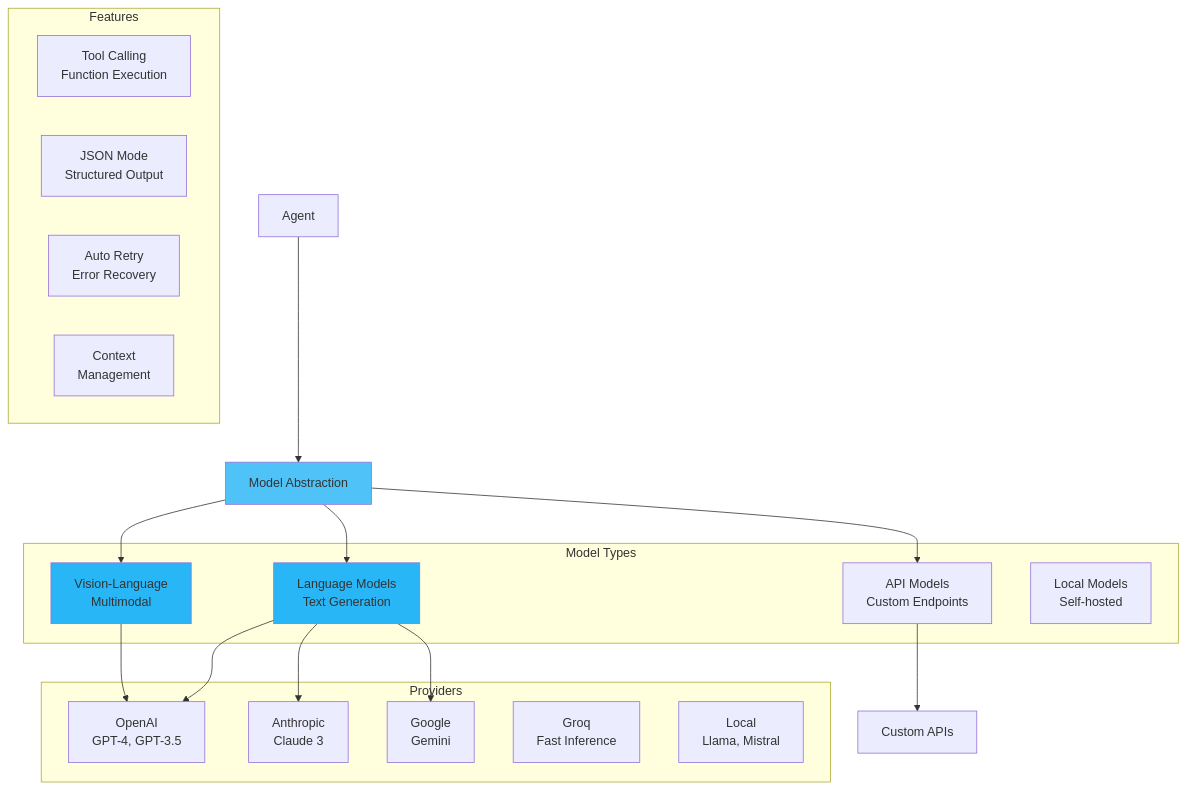
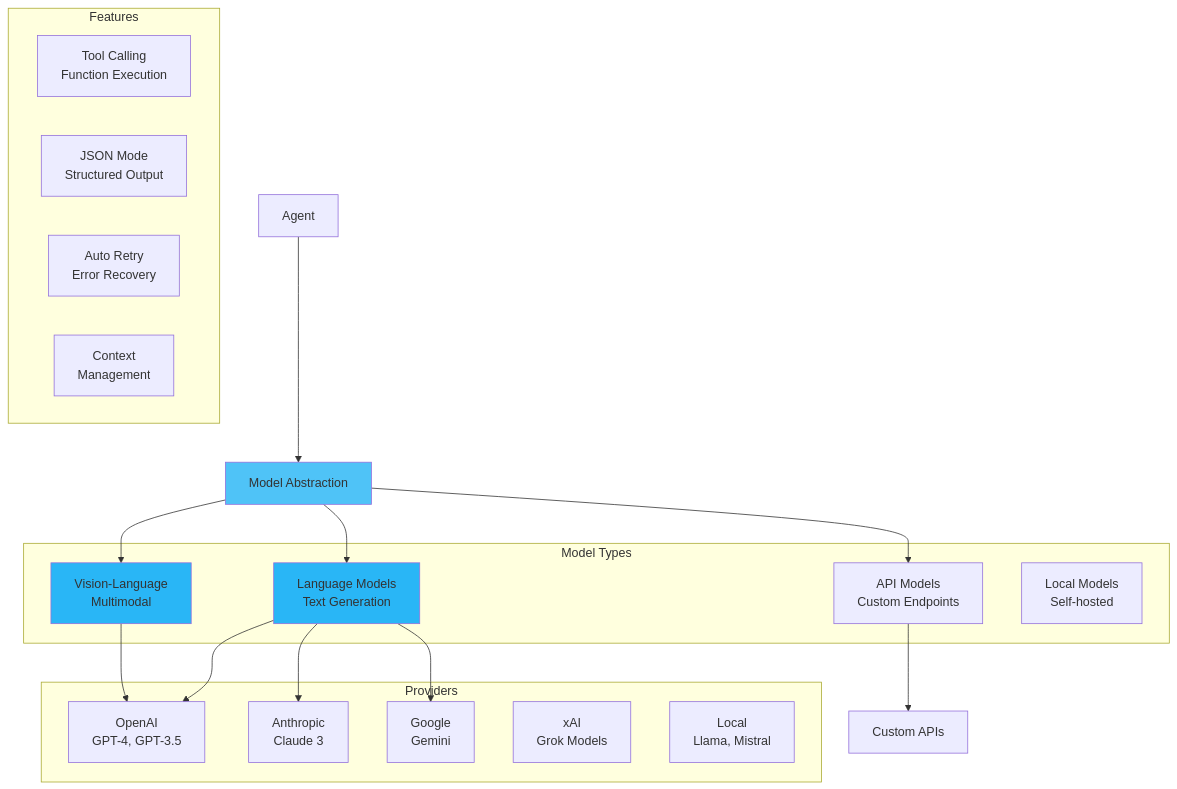
The diagram in docs/concepts/models.md (rezaho/MARSYS), drawn with Mermaid before and after one commit. The commit also changed other lines of this file and 1 other file, not shown here.

Commit message:
docs: update provider references from Groq to xAI
Update documentation to reflect the provider change:
- Replace Groq with xAI in architecture diagram (concepts/models.md)
- Update provider list in ModelConfig examples
- Update provider description in API reference

This aligns documentation with the codebase change that replaced
the Groq provider with xAI (Grok models).

````diff
--- a/docs/concepts/models.md
+++ b/docs/concepts/models.md
@@ -21,39 +21,39 @@
 ```mermaid
 graph TB
     subgraph "Model Types"
         LLM[Language Models<br/>Text Generation]
         VLM[Vision-Language<br/>Multimodal]
         API[API Models<br/>Custom Endpoints]
         LOCAL[Local Models<br/>Self-hosted]
     end
 
     subgraph "Providers"
         OAI[OpenAI<br/>GPT-4, GPT-3.5]
         ANT[Anthropic<br/>Claude 3]
         GOO[Google<br/>Gemini]
-        GRQ[Groq<br/>Fast Inference]
+        XAI[xAI<br/>Grok Models]
         LOC[Local<br/>Llama, Mistral]
     end
 
     subgraph "Features"
         TC[Tool Calling<br/>Function Execution]
         JM[JSON Mode<br/>Structured Output]
         RT[Auto Retry<br/>Error Recovery]
         CV[Context<br/>Management]
     end
 
     Agent[Agent] --> MA[Model Abstraction]
     MA --> LLM
     MA --> VLM
     MA --> API
 
     LLM --> OAI
     LLM --> ANT
     LLM --> GOO
     VLM --> OAI
     API --> Custom[Custom APIs]
 
     style MA fill:#4fc3f7
     style LLM fill:#29b6f6
     style VLM fill:#29b6f6
 ```
````
